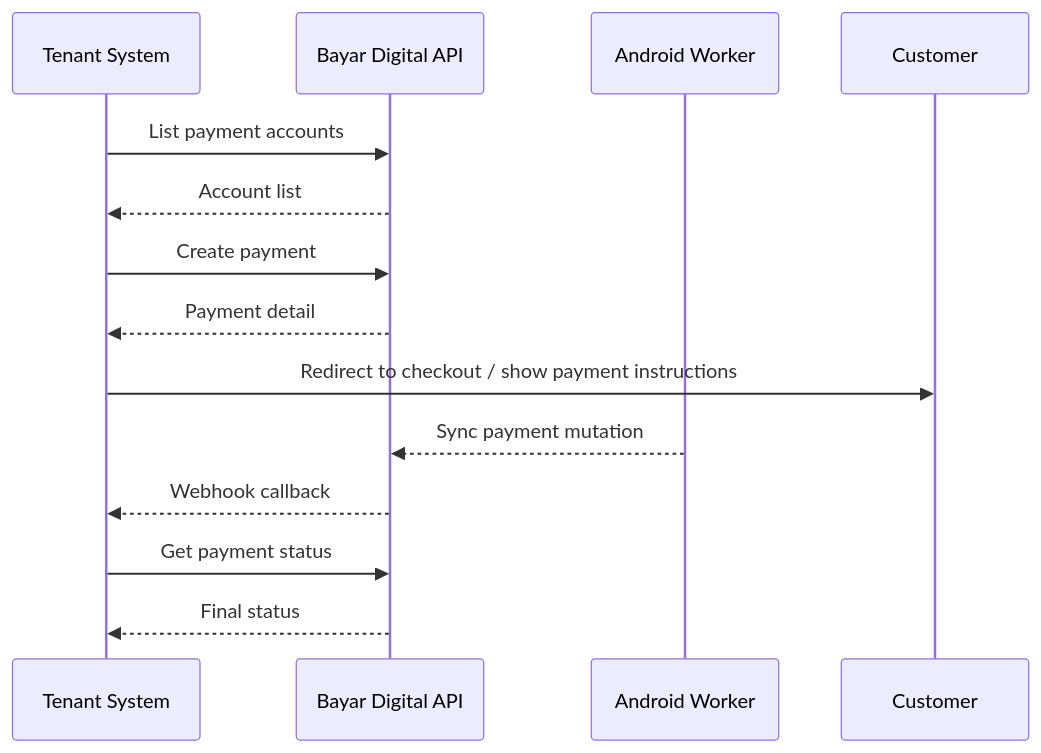
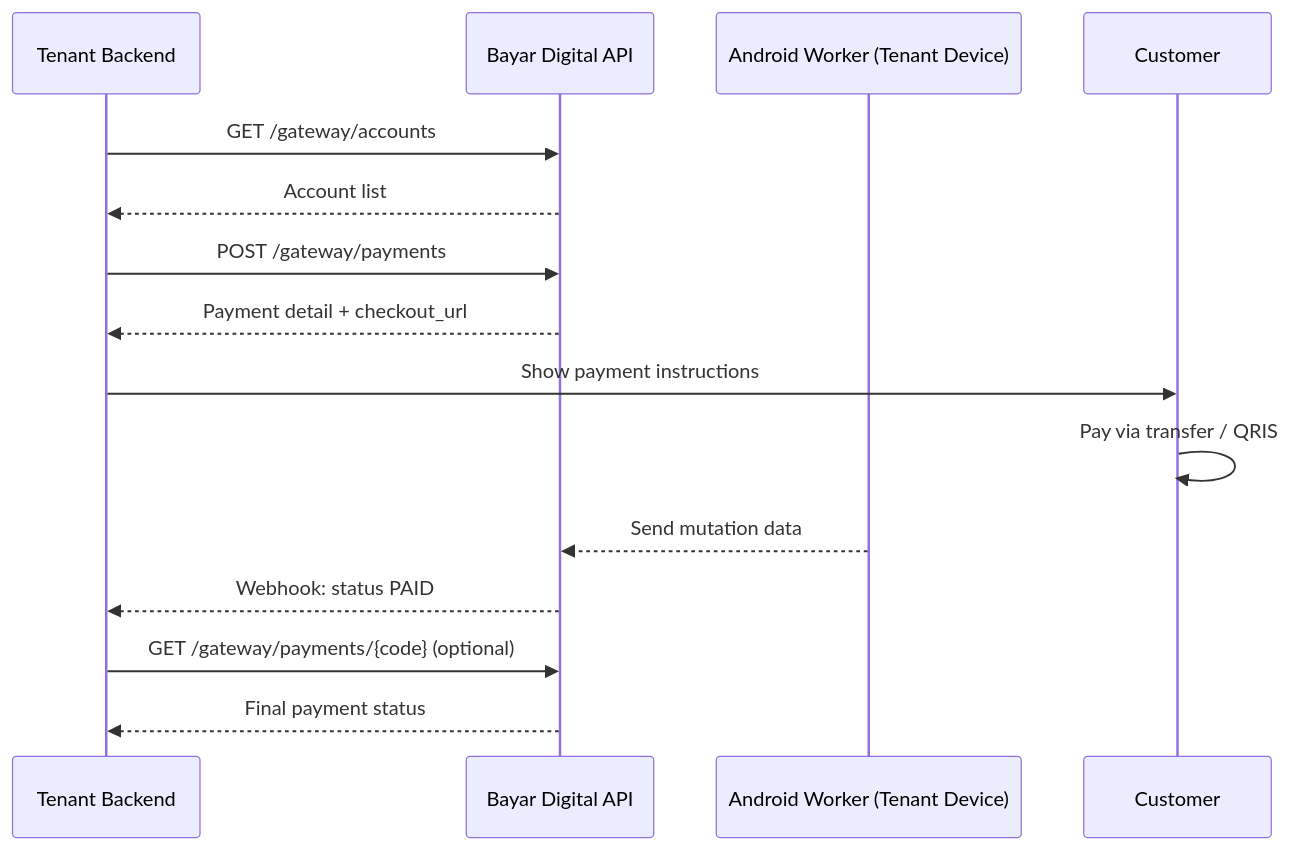
One commit to rioanandaputra-bot/bayar.digital-docs changed the diagram in docs/overview.md. Above: the diagram before and after it, drawn with Mermaid. The commit also changed other lines of this file and 10 other files, not shown here.

````diff
--- a/docs/overview.md
+++ b/docs/overview.md
@@ -34,17 +34,18 @@
 ```mermaid
 sequenceDiagram
-    participant Tenant as Tenant System
+    participant Tenant as Tenant Backend
     participant API as Bayar Digital API
-    participant Worker as Android Worker
+    participant Worker as Android Worker (Tenant Device)
     participant Customer
 
-    Tenant->>API: List payment accounts
+    Tenant->>API: GET /gateway/accounts
     API-->>Tenant: Account list
-    Tenant->>API: Create payment
-    API-->>Tenant: Payment detail
-    Tenant->>Customer: Redirect to checkout / show payment instructions
-    Worker-->>API: Sync payment mutation
-    API-->>Tenant: Webhook callback
-    Tenant->>API: Get payment status
-    API-->>Tenant: Final status
+    Tenant->>API: POST /gateway/payments
+    API-->>Tenant: Payment detail + checkout_url
+    Tenant->>Customer: Show payment instructions
+    Customer->>Customer: Pay via transfer / QRIS
+    Worker-->>API: Send mutation data
+    API-->>Tenant: Webhook: status PAID
+    Tenant->>API: GET /gateway/payments/{code} (optional)
+    API-->>Tenant: Final payment status
 ```
````
